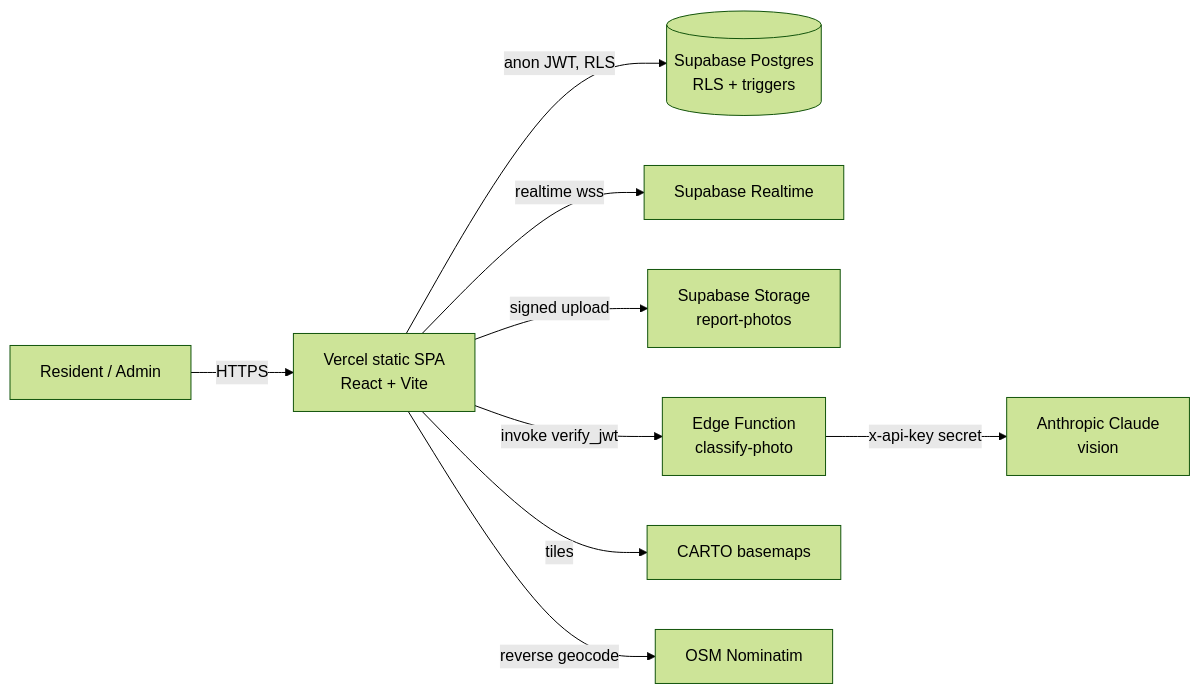
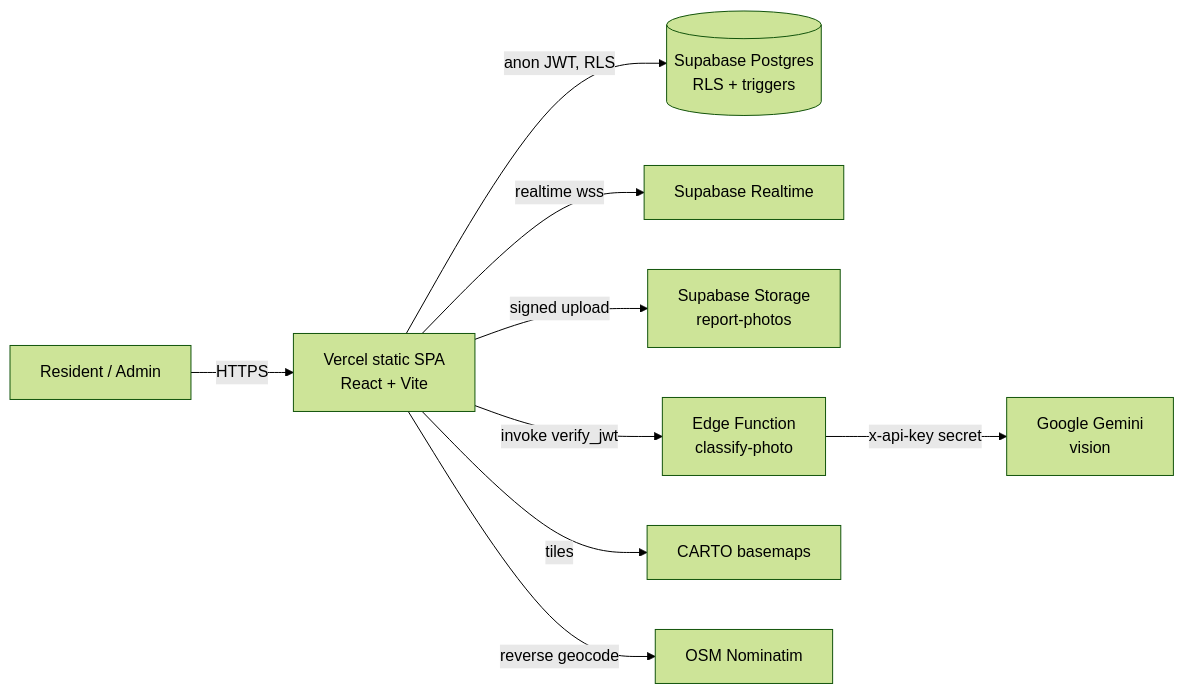
The diagram in PRODUCTION-HARDENING.md (basel-mahmoud/civicsnap), drawn with Mermaid (forest theme) before and after one commit. The commit also changed other lines of this file and 6 other files, not shown here.

First line of the commit message:
Switch CivicSnap AI to Google Gemini Flash (free tier)

````diff
--- a/PRODUCTION-HARDENING.md
+++ b/PRODUCTION-HARDENING.md
@@ -46,11 +46,11 @@
 ```mermaid
 flowchart LR
   U[Resident / Admin] -->|HTTPS| V[Vercel static SPA<br/>React + Vite]
   V -->|anon JWT, RLS| PG[(Supabase Postgres<br/>RLS + triggers)]
   V -->|realtime wss| RT[Supabase Realtime]
   V -->|signed upload| ST[Supabase Storage<br/>report-photos]
   V -->|invoke verify_jwt| EF[Edge Function<br/>classify-photo]
-  EF -->|x-api-key secret| AN[Anthropic Claude<br/>vision]
+  EF -->|x-api-key secret| AN[Google Gemini<br/>vision]
   V -->|tiles| C[CARTO basemaps]
   V -->|reverse geocode| N[OSM Nominatim]
 ```
````
